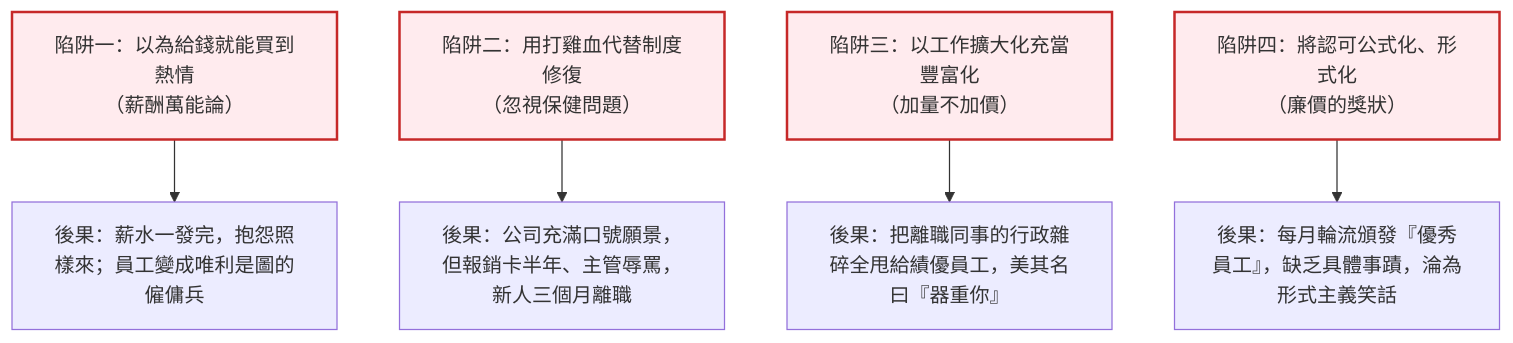
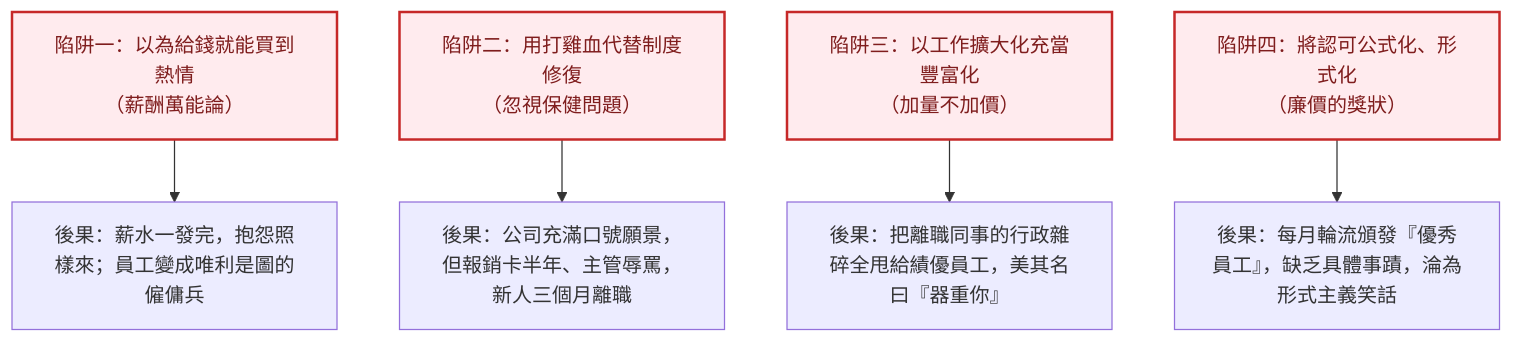
One commit to Jimlin0428/my-digital-garden changed the fourth of 4 diagrams in src/site/notes/98_商業概念庫/two-factor-theory_雙因素理論.md. Above: the diagram before and after it, drawn with Mermaid. The commit also changed other lines of this file and 99 other files, not shown here.

````diff
--- a/src/site/notes/98_商業概念庫/two-factor-theory_雙因素理論.md
+++ b/src/site/notes/98_商業概念庫/two-factor-theory_雙因素理論.md
@@ -259,12 +259,12 @@
 ```mermaid
 graph TD
     Trap1["陷阱一：以為給錢就能買到熱情<br/>（薪酬萬能論）"] --> E1["後果：薪水一發完，抱怨照樣來；員工變成唯利是圖的僱傭兵"]
     Trap2["陷阱二：用打雞血代替制度修復<br/>（忽視保健問題）"] --> E2["後果：公司充滿口號願景，但報銷卡半年、主管辱罵，新人三個月離職"]
     Trap3["陷阱三：以工作擴大化充當豐富化<br/>（加量不加價）"] --> E3["後果：把離職同事的行政雜碎全甩給績優員工，美其名曰『器重你』"]
     Trap4["陷阱四：將認可公式化、形式化<br/>（廉價的獎狀）"] --> E4["後果：每月輪流頒發『優秀員工』，缺乏具體事蹟，淪為形式主義笑話"]
 
-    style Trap1 fill:#ffebee,stroke:#c62828,stroke-width:2px;
-    style Trap2 fill:#ffebee,stroke:#c62828,stroke-width:2px;
-    style Trap3 fill:#ffebee,stroke:#c62828,stroke-width:2px;
-    style Trap4 fill:#ffebee,stroke:#c62828,stroke-width:2px;
+    style Trap1 fill:#ffebee,stroke:#c62828,stroke-width:2px,color:#7f1d1d
+    style Trap2 fill:#ffebee,stroke:#c62828,stroke-width:2px,color:#7f1d1d
+    style Trap3 fill:#ffebee,stroke:#c62828,stroke-width:2px,color:#7f1d1d
+    style Trap4 fill:#ffebee,stroke:#c62828,stroke-width:2px,color:#7f1d1d
 ```
````
